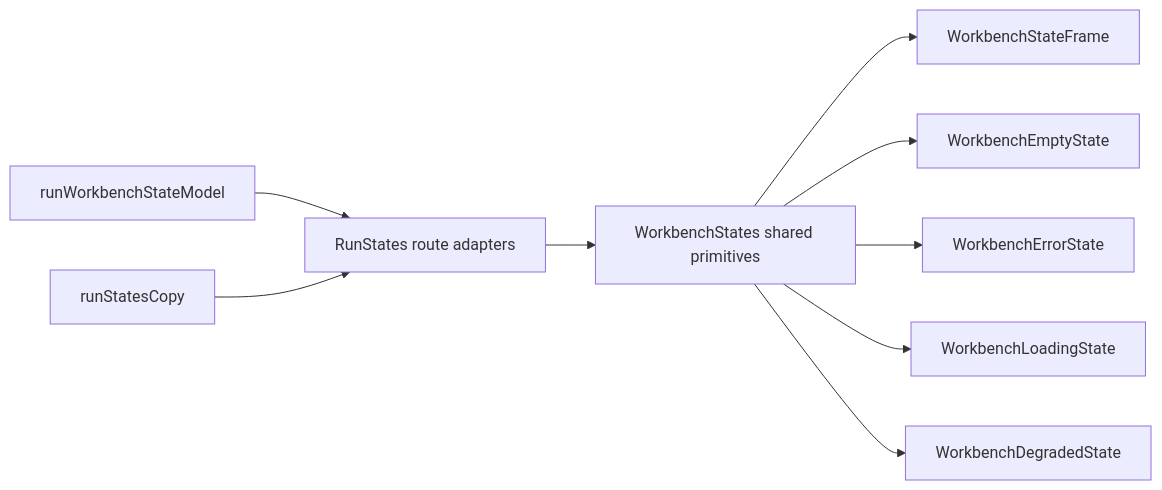
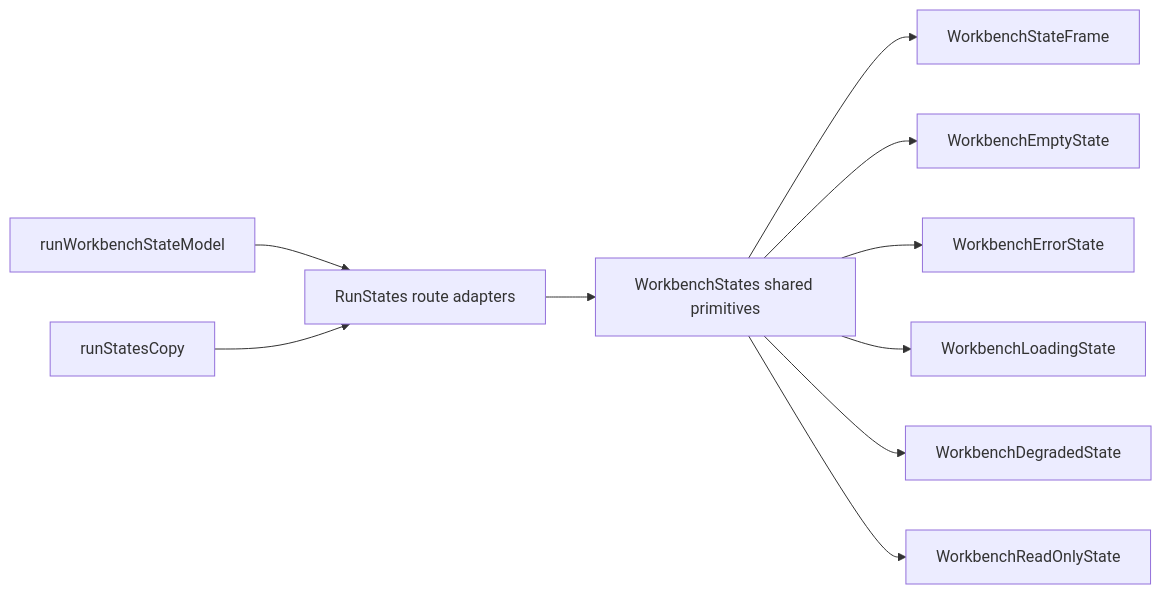
Before and after one commit to dunay2/dvt: the second of 2 diagrams in docs/architecture/components/web/runs/dvt-runs-frontend-architecture.md, drawn with Mermaid. The commit also changed other lines of this file and 6 other files, not shown here.

Commit message:
refactor(web): Extract workbench read-only state

````diff
--- a/docs/architecture/components/web/runs/dvt-runs-frontend-architecture.md
+++ b/docs/architecture/components/web/runs/dvt-runs-frontend-architecture.md
@@ -95,11 +95,12 @@
 ```mermaid
 flowchart LR
   RouteModel["runWorkbenchStateModel"] --> RunAdapters["RunStates route adapters"]
   RunCopy["runStatesCopy"] --> RunAdapters
   RunAdapters --> SharedStates["WorkbenchStates shared primitives"]
   SharedStates --> Frame["WorkbenchStateFrame"]
   SharedStates --> Empty["WorkbenchEmptyState"]
   SharedStates --> Error["WorkbenchErrorState"]
   SharedStates --> Loading["WorkbenchLoadingState"]
   SharedStates --> Degraded["WorkbenchDegradedState"]
+  SharedStates --> ReadOnly["WorkbenchReadOnlyState"]
 ```
````
